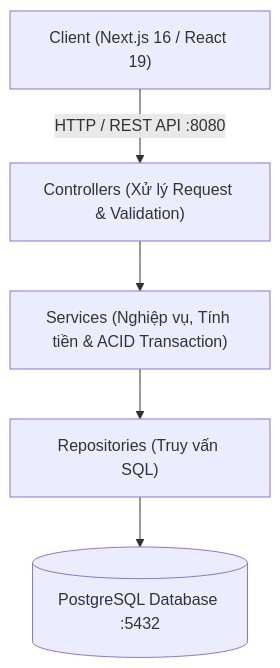
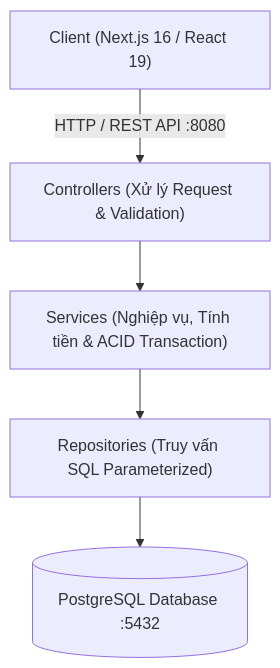
The diagram in README.md (Tuanbui1212/vimes-test), drawn with Mermaid before and after one commit. The commit also changed other lines of this file and 9 other files, not shown here.

````diff
--- a/README.md
+++ b/README.md
@@ -42,7 +45,7 @@
 ```mermaid
 graph TD
     Client["Client (Next.js 16 / React 19)"] -->|HTTP / REST API :8080| Controller["Controllers (Xử lý Request & Validation)"]
     Controller --> Service["Services (Nghiệp vụ, Tính tiền & ACID Transaction)"]
-    Service --> Repository["Repositories (Truy vấn SQL)"]
+    Service --> Repository["Repositories (Truy vấn SQL Parameterized)"]
     Repository --> DB[("PostgreSQL Database :5432")]
 ```
````
